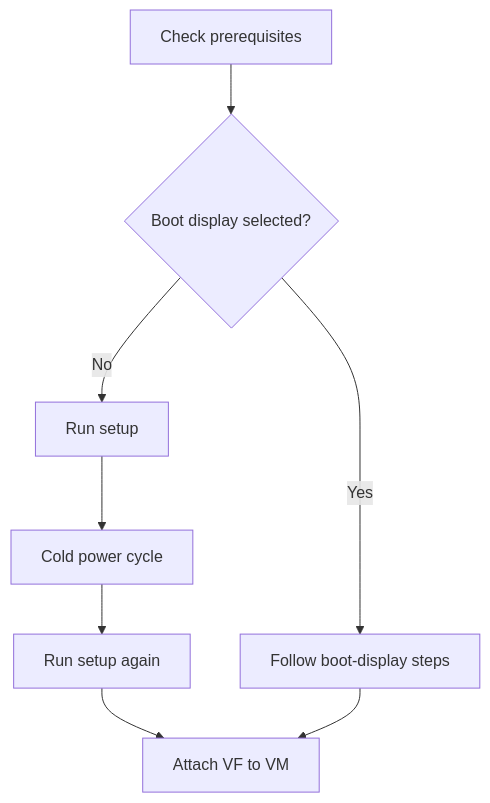
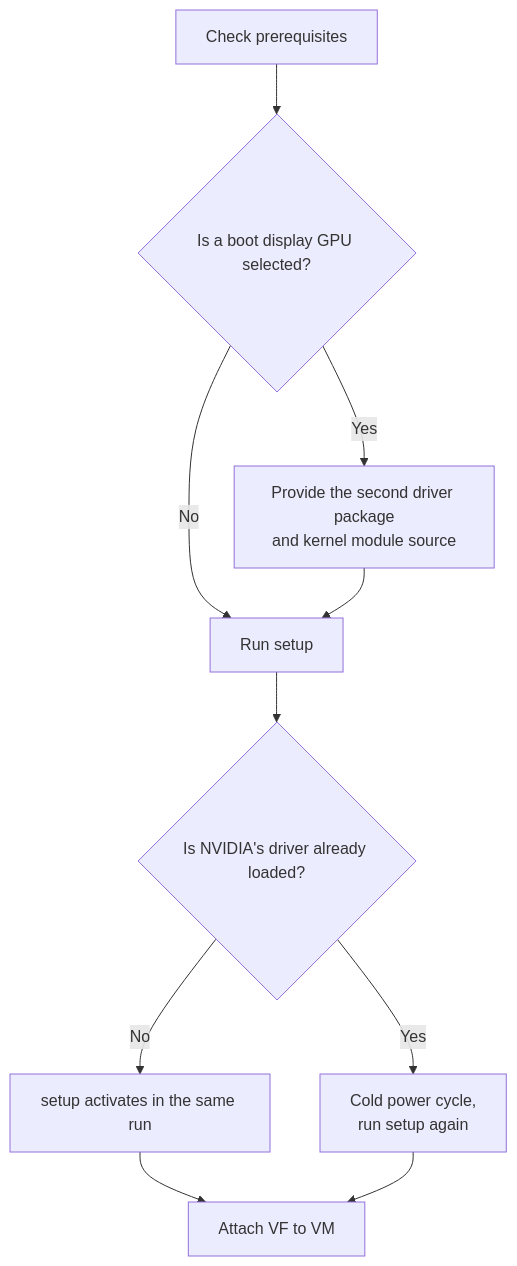
The first of 4 diagrams in docs/installation.md (noon-at-cgn/geforce-sriov), drawn with Mermaid before and after one commit. The commit also changed other lines of this file and 88 other files, not shown here.

````diff
--- a/docs/installation.md
+++ b/docs/installation.md
@@ -67,10 +105,11 @@
 ```mermaid
 flowchart TD
-    A[Check prerequisites] --> B{Boot display selected?}
+    A[Check prerequisites] --> B{Is a boot display GPU selected?}
     B -->|No| C[Run setup]
-    B -->|Yes| D[Follow boot-display steps]
-    C --> E[Cold power cycle]
-    E --> F[Run setup again]
-    F --> G[Attach VF to VM]
-    D --> G
+    B -->|Yes| D[Provide the second driver package<br/>and kernel module source] --> C
+    C --> E{Is NVIDIA's driver already loaded?}
+    E -->|No| F[setup activates in the same run]
+    E -->|Yes| G[Cold power cycle,<br/>run setup again]
+    F --> H[Attach VF to VM]
+    G --> H
 ```
````
